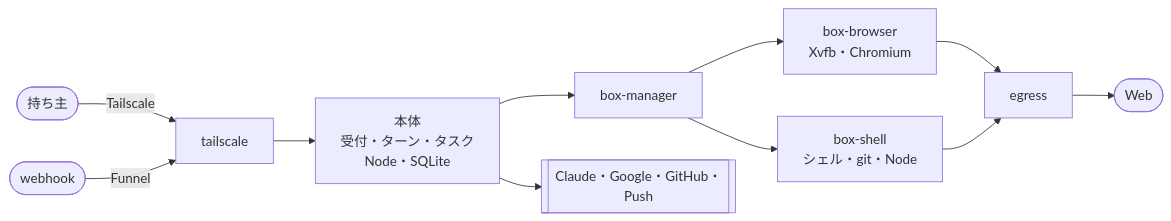
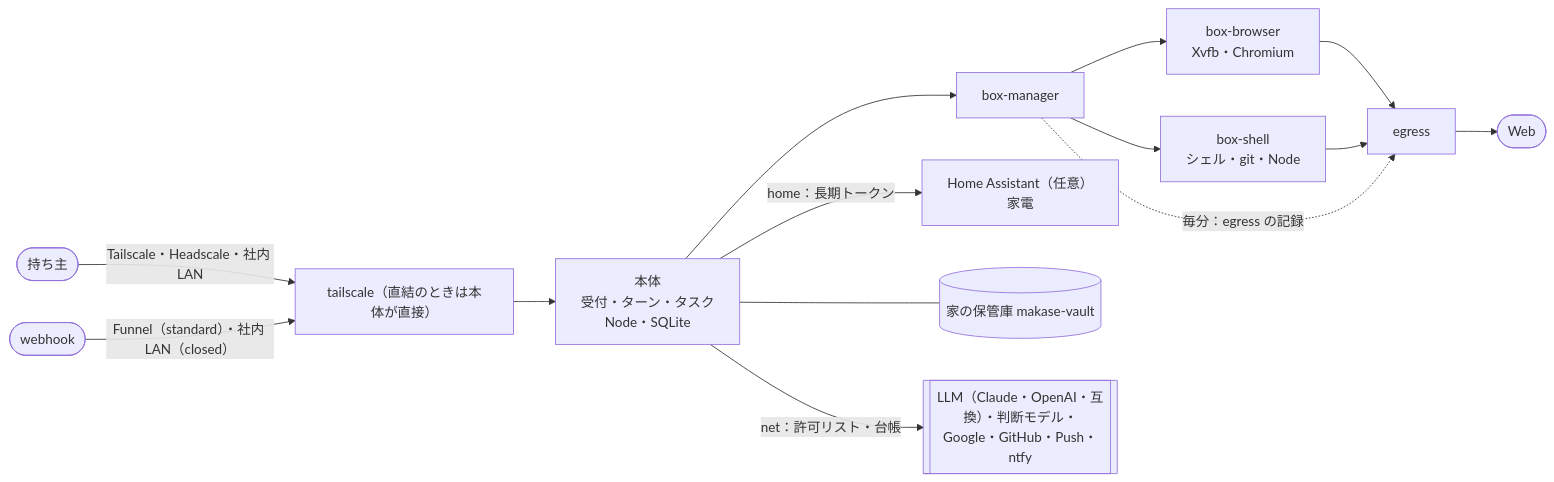
The diagram in docs/design/11_tech_spec.md (itiwoja/agent-team), drawn with Mermaid before and after one commit. The commit also changed other lines of this file and 39 other files, not shown here.

````diff
--- a/docs/design/11_tech_spec.md
+++ b/docs/design/11_tech_spec.md
@@ -14,13 +14,16 @@
 ```mermaid
 flowchart LR
- O(["持ち主"]) -->|"Tailscale"| TS["tailscale"]
- GH(["webhook"]) -->|"Funnel"| TS
+ O(["持ち主"]) -->|"Tailscale・Headscale・社内 LAN"| TS["tailscale（直結のときは本体が直接）"]
+ GH(["webhook"]) -->|"Funnel（standard）・社内 LAN（closed）"| TS
  TS --> CORE["本体<br/>受付・ターン・タスク<br/>Node・SQLite"]
  CORE --> BM["box-manager"]
  BM --> BB["box-browser<br/>Xvfb・Chromium"]
  BM --> BS["box-shell<br/>シェル・git・Node"]
  BB --> EG["egress"]
  BS --> EG
  EG --> WEB(["Web"])
- CORE --> EXT[["Claude・Google・GitHub・Push"]]
+ CORE -->|"home：長期トークン"| HA["Home Assistant（任意）<br/>家電"]
+ CORE --- VAULT[("家の保管庫 makase-vault")]
+ CORE -->|"net：許可リスト・台帳"| EXT[["LLM（Claude・OpenAI・互換）・判断モデル・Google・GitHub・Push・ntfy"]]
+ BM -.->|"毎分：egress の記録"| EG
 ```
````
